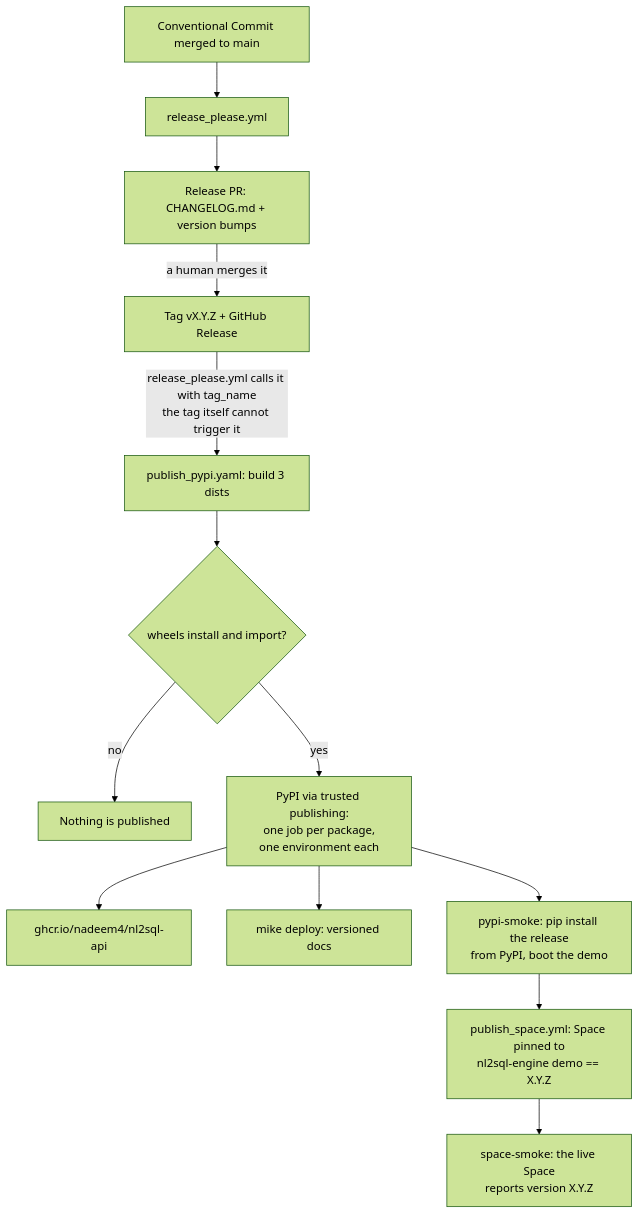
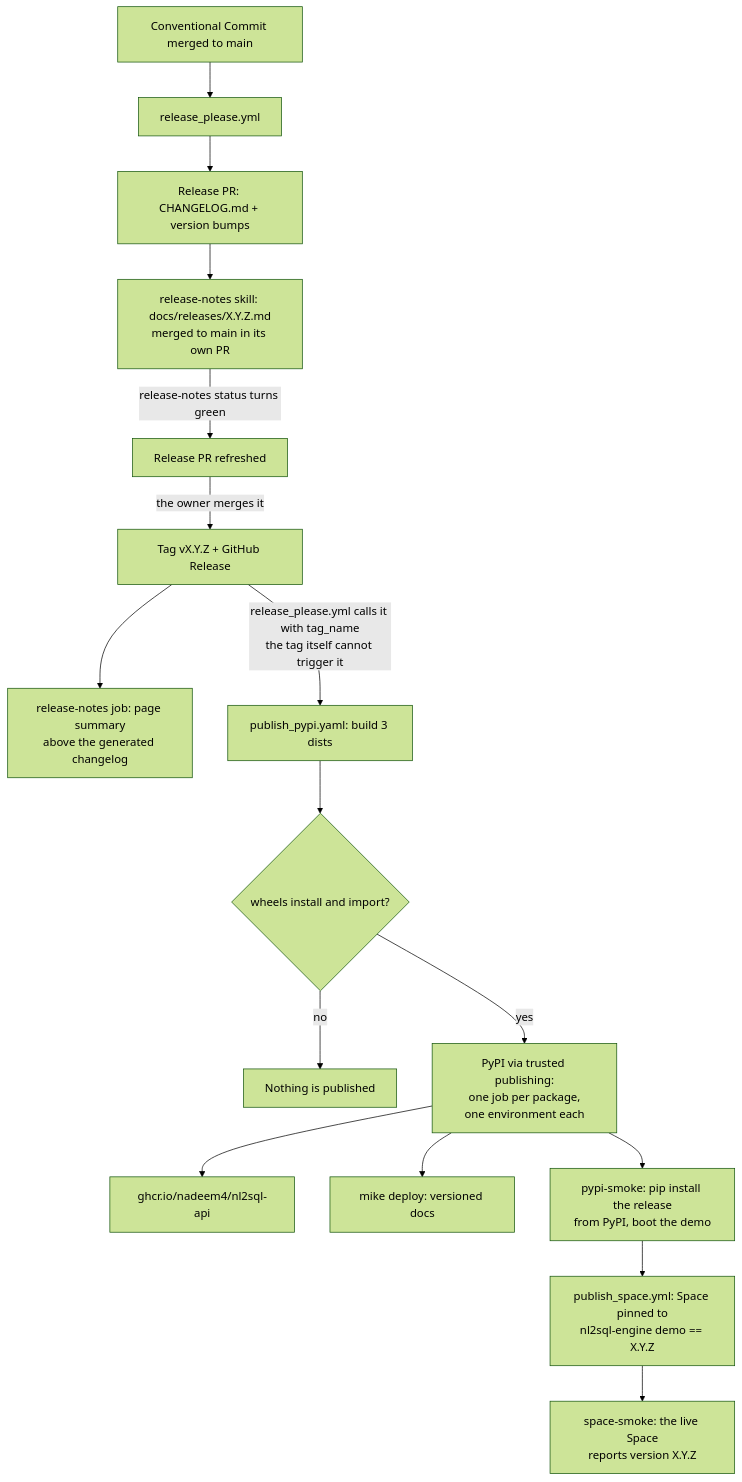
The first of 2 diagrams in docs/development/releasing.md (nadeem4/nl2sql), drawn with Mermaid (forest theme) before and after one commit. The commit also changed other lines of this file and 16 other files, not shown here.

First line of the commit message:
docs(release): a release page for every version, written by a skill and gated in CI (#216)

````diff
--- a/docs/development/releasing.md
+++ b/docs/development/releasing.md
@@ -18,15 +21,18 @@
 ```mermaid
 flowchart TD
     C[Conventional Commit merged to main] --> RP[release_please.yml]
     RP --> PR[Release PR: CHANGELOG.md + version bumps]
-    PR -->|a human merges it| TAG[Tag vX.Y.Z + GitHub Release]
+    PR --> RN[release-notes skill: docs/releases/X.Y.Z.md<br/>merged to main in its own PR]
+    RN -->|release-notes status turns green| PR2[Release PR refreshed]
+    PR2 -->|the owner merges it| TAG[Tag vX.Y.Z + GitHub Release]
+    TAG --> NOTES[release-notes job: page summary<br/>above the generated changelog]
     TAG -->|release_please.yml calls it with tag_name<br/>the tag itself cannot trigger it| B[publish_pypi.yaml: build 3 dists]
     B --> S{wheels install and import?}
     S -->|no| STOP[Nothing is published]
     S -->|yes| PY[PyPI via trusted publishing:<br/>one job per package,<br/>one environment each]
     PY --> GH[ghcr.io/nadeem4/nl2sql-api]
     PY --> D[mike deploy: versioned docs]
     PY --> PS[pypi-smoke: pip install the release<br/>from PyPI, boot the demo]
     PS --> SP[publish_space.yml: Space pinned to<br/>nl2sql-engine demo == X.Y.Z]
     SP --> SS[space-smoke: the live Space<br/>reports version X.Y.Z]
 ```
````
